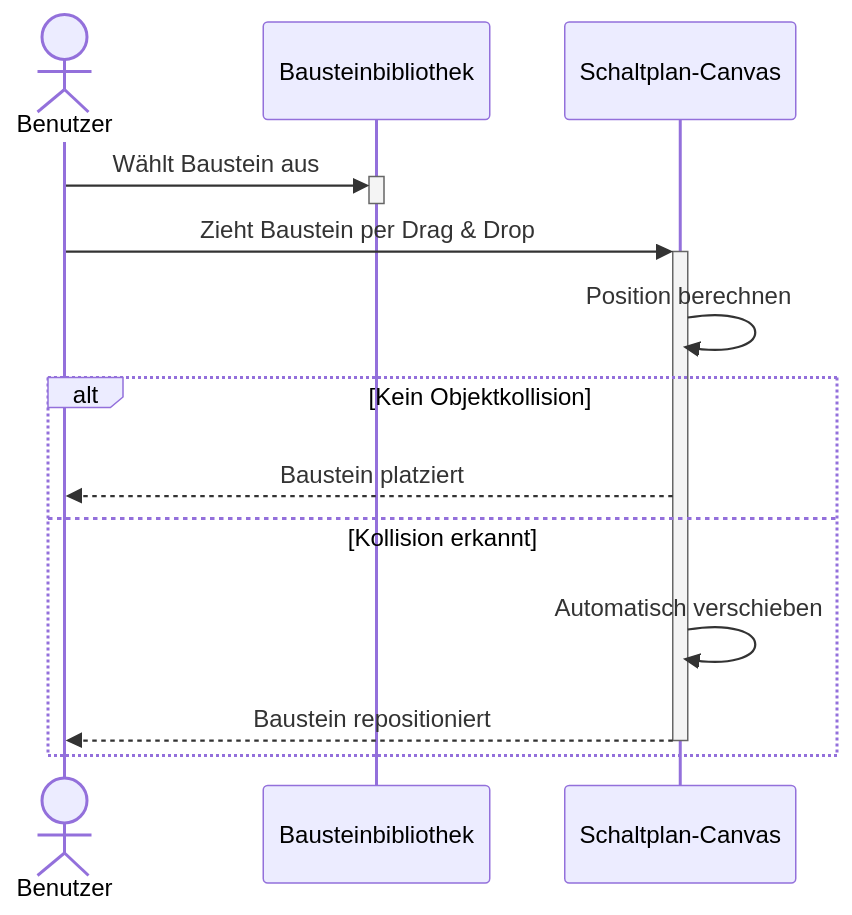
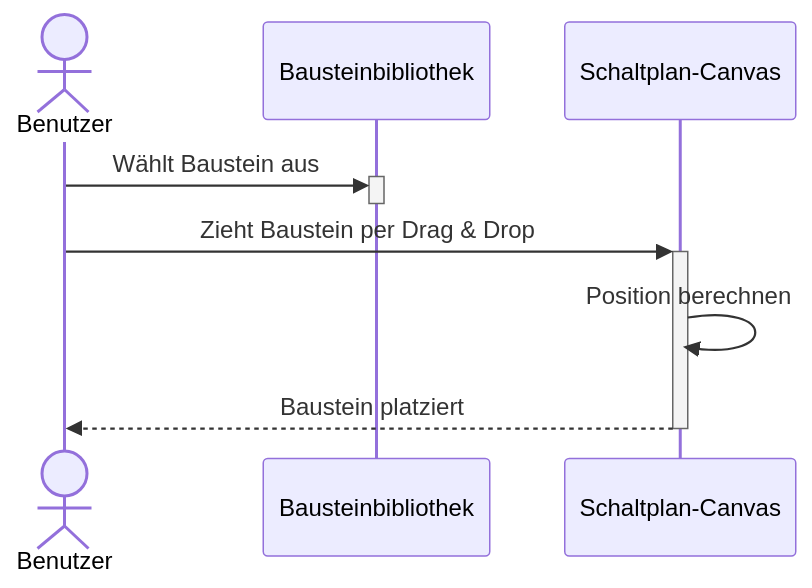
One commit to SimonJ2222/BitFlow changed diagram 11 of 23 in docs/use_cases/software_requirements_specification.md. Above: the diagram before and after it, drawn with Mermaid. The commit also changed other lines of this file, not shown here.

````diff
--- a/docs/use_cases/software_requirements_specification.md
+++ b/docs/use_cases/software_requirements_specification.md
@@ -562,18 +583,13 @@
 ```mermaid
 sequenceDiagram
     actor Benutzer
     participant Bibliothek as Bausteinbibliothek
     participant Canvas as Schaltplan-Canvas
 
     Benutzer ->>+ Bibliothek: Wählt Baustein aus
     deactivate Bibliothek
     Benutzer ->>+ Canvas: Zieht Baustein per Drag & Drop
     Canvas ->> Canvas: Position berechnen
-    alt Kein Objektkollision
-        Canvas -->> Benutzer: Baustein platziert
-    else Kollision erkannt
-        Canvas ->> Canvas: Automatisch verschieben
-        Canvas -->>- Benutzer: Baustein repositioniert
-    end
+    Canvas -->>- Benutzer: Baustein platziert
 
 ```
````
